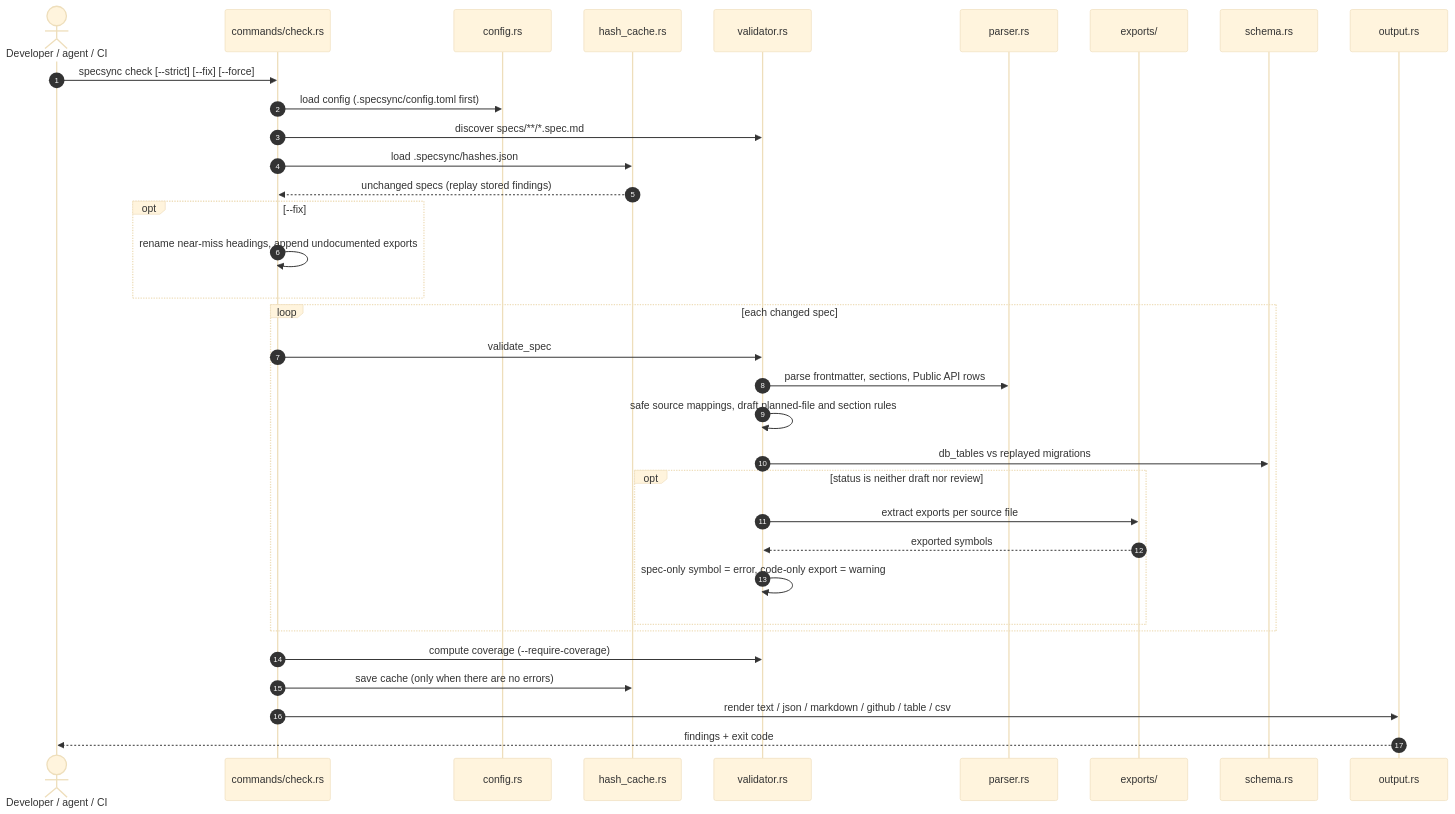
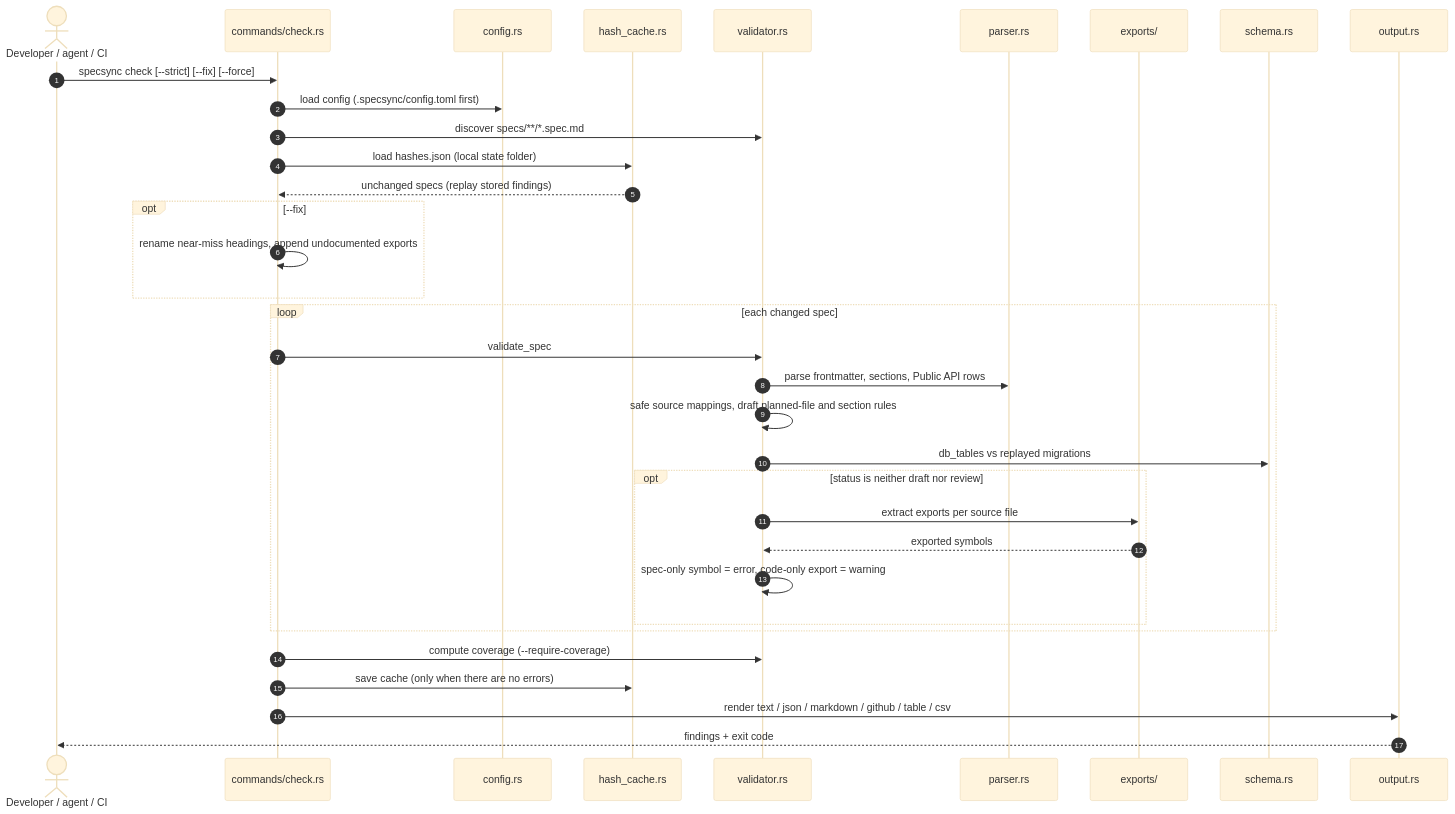
Before and after one commit to CorvidLabs/spec-sync: the third of 10 diagrams in docs/HLD.md, drawn with Mermaid (base theme). The commit also changed other lines of this file and 651 other files, not shown here.

````diff
--- a/docs/HLD.md
+++ b/docs/HLD.md
@@ -208,37 +208,37 @@
 ```mermaid
 sequenceDiagram
     autonumber
     actor U as Developer / agent / CI
     participant C as commands/check.rs
     participant Cfg as config.rs
     participant H as hash_cache.rs
     participant V as validator.rs
     participant P as parser.rs
     participant X as exports/
     participant S as schema.rs
     participant O as output.rs
 
     U->>C: specsync check [--strict] [--fix] [--force]
     C->>Cfg: load config (.specsync/config.toml first)
     C->>V: discover specs/**/*.spec.md
-    C->>H: load .specsync/hashes.json
+    C->>H: load hashes.json (local state folder)
     H-->>C: unchanged specs (replay stored findings)
     opt --fix
         C->>C: rename near-miss headings, append undocumented exports
     end
     loop each changed spec
         C->>V: validate_spec
         V->>P: parse frontmatter, sections, Public API rows
         V->>V: safe source mappings, draft planned-file and section rules
         V->>S: db_tables vs replayed migrations
         opt status is neither draft nor review
             V->>X: extract exports per source file
             X-->>V: exported symbols
             V->>V: spec-only symbol = error, code-only export = warning
         end
     end
     C->>V: compute coverage (--require-coverage)
     C->>H: save cache (only when there are no errors)
     C->>O: render text / json / markdown / github / table / csv
     O-->>U: findings + exit code
 ```
````
